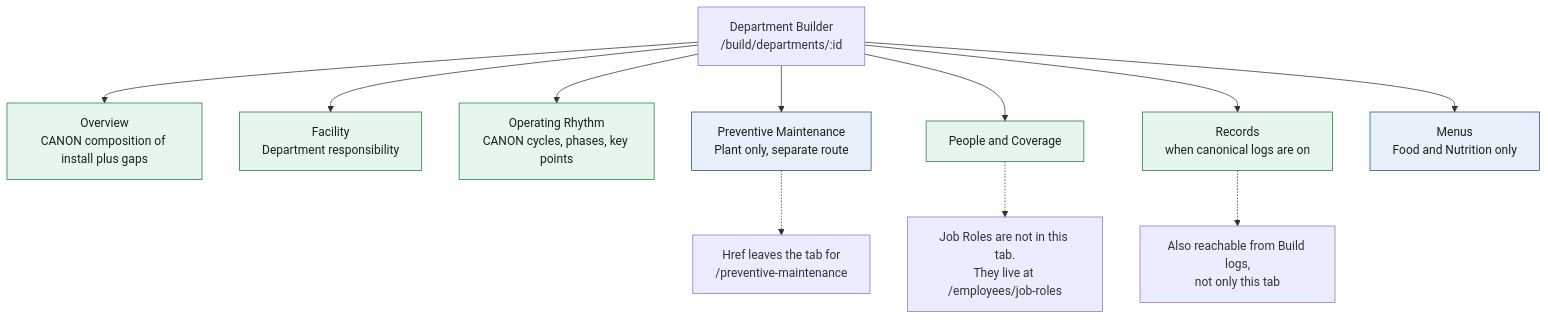
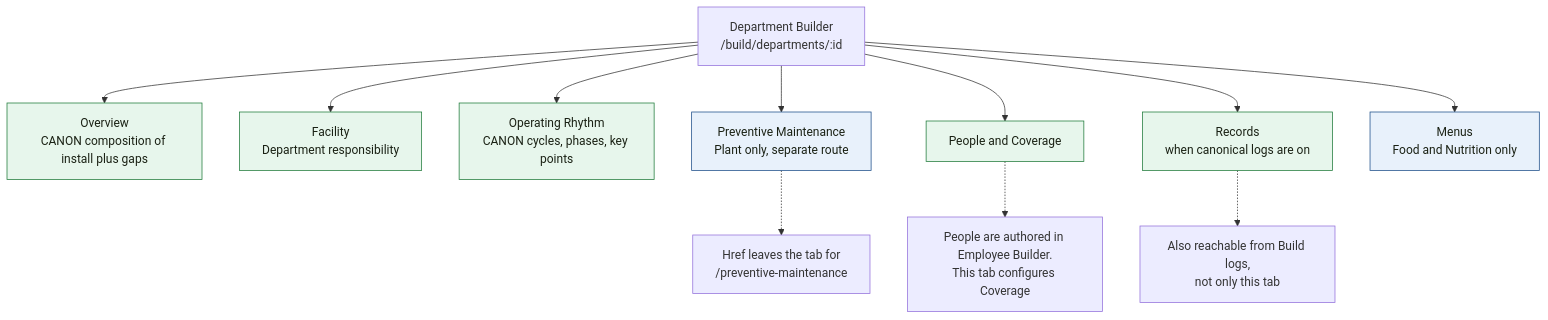
One commit to ADTrauts/LTC-Manager changed the first of 2 diagrams in docs/department-administration/visual-audit/01_CURRENT_DEPARTMENT_BUILDER.md. Above: the diagram before and after it, drawn with Mermaid. The commit also changed other lines of this file and 113 other files, not shown here.

````diff
--- a/docs/department-administration/visual-audit/01_CURRENT_DEPARTMENT_BUILDER.md
+++ b/docs/department-administration/visual-audit/01_CURRENT_DEPARTMENT_BUILDER.md
@@ -9,21 +9,21 @@
 ```mermaid
 flowchart TB
   DB["Department Builder<br/>/build/departments/:id"]
 
   DB --> OV["Overview<br/>CANON composition of install plus gaps"]
   DB --> LOC["Facility<br/>Department responsibility"]
   DB --> RHY["Operating Rhythm<br/>CANON cycles, phases, key points"]
   DB --> MAI["Preventive Maintenance<br/>Plant only, separate route"]
   DB --> PPL["People and Coverage"]
   DB --> REC["Records<br/>when canonical logs are on"]
   DB --> MNU["Menus<br/>Food and Nutrition only"]
 
   MAI -.-> MNOTE["Href leaves the tab for<br/>/preventive-maintenance"]
-  PPL -.-> PNOTE["Job Roles are not in this tab.<br/>They live at /employees/job-roles"]
+  PPL -.-> PNOTE["People are authored in Employee Builder.<br/>This tab configures Coverage"]
   REC -.-> RNOTE["Also reachable from Build logs,<br/>not only this tab"]
 
   classDef canon fill:#e7f6ec,stroke:#1f7a3a,color:#1a2114
   classDef ext fill:#e8f1fb,stroke:#1d4e89,color:#1a2114
   class OV,LOC,RHY,PPL,REC canon
   class MAI,MNU ext
 ```
````
